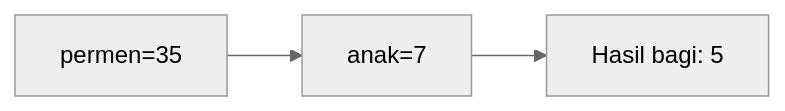
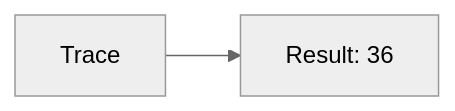
Before and after one commit to amnahwaida/OSNK_INF_PREP: diagram 12 of 25 in part-c-pemahaman-cpp/01-tipe-data/latihan/set-08.md, drawn with Mermaid (neutral theme). The commit also changed other lines of this file and 71 other files, not shown here.

````diff
--- a/part-c-pemahaman-cpp/01-tipe-data/latihan/set-08.md
+++ b/part-c-pemahaman-cpp/01-tipe-data/latihan/set-08.md
@@ -279,5 +253,4 @@
 ```mermaid
 graph LR
-A["permen=35"] --> B["anak=7"]
-B --> C["Hasil bagi: 5"]
+A[Trace] --> B[Result: 36]
 ```
````
